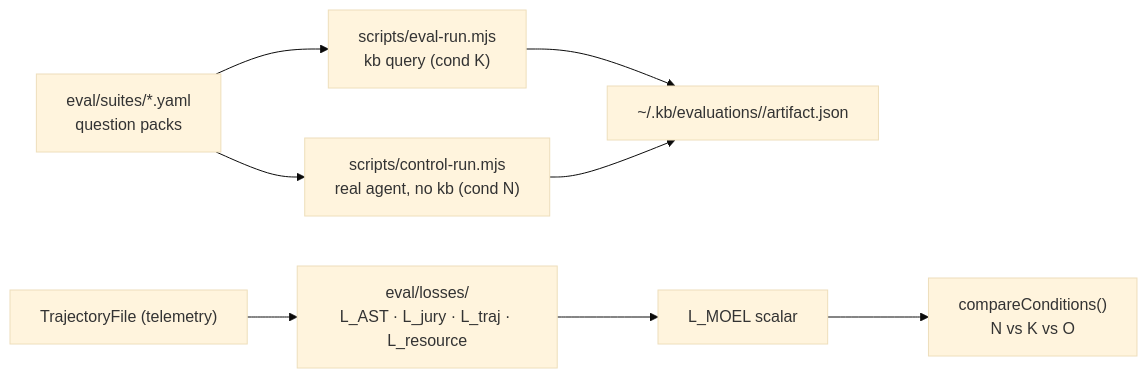
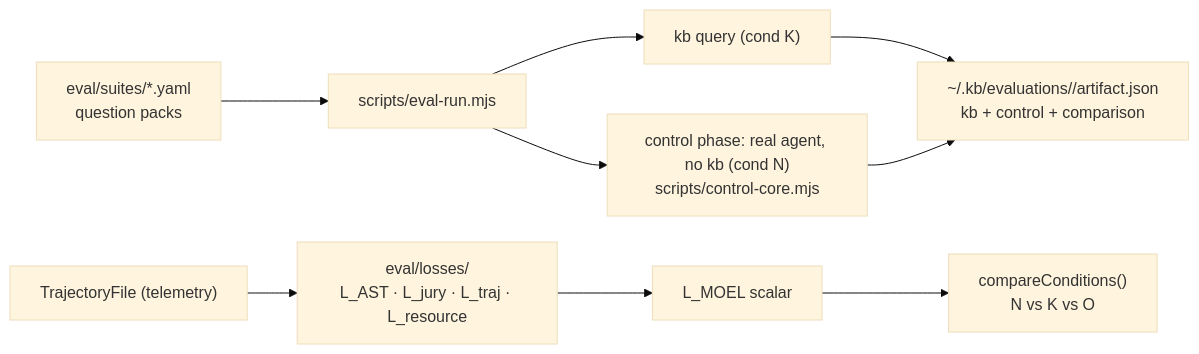
The diagram in eval/EVAL.md (rosenjcb/kb), drawn with Mermaid (base theme) before and after one commit. The commit also changed other lines of this file and 11 other files, not shown here.

````diff
--- a/eval/EVAL.md
+++ b/eval/EVAL.md
@@ -7,10 +7,11 @@
 ```mermaid
 flowchart LR
-  S["eval/suites/*.yaml\nquestion packs"] --> H["scripts/eval-run.mjs\nkb query (cond K)"]
-  S --> CT["scripts/control-run.mjs\nreal agent, no kb (cond N)"]
-  H --> A["~/.kb/evaluations/<run>/artifact.json"]
+  S["eval/suites/*.yaml\nquestion packs"] --> H["scripts/eval-run.mjs"]
+  H --> K["kb query (cond K)"]
+  H --> CT["control phase: real agent, no kb (cond N)\nscripts/control-core.mjs"]
+  K --> A["~/.kb/evaluations/<run>/artifact.json\nkb + control + comparison"]
   CT --> A
   T["TrajectoryFile (telemetry)"] --> L["eval/losses/\nL_AST · L_jury · L_traj · L_resource"]
   L --> M["L_MOEL scalar"]
   M --> C["compareConditions()\nN vs K vs O"]
 ```
````
